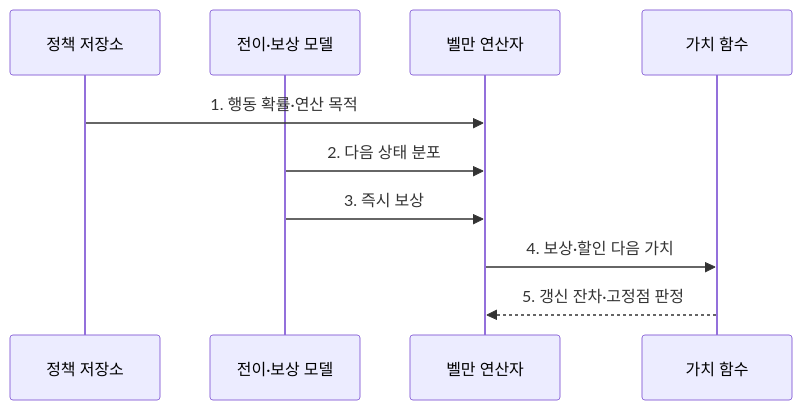
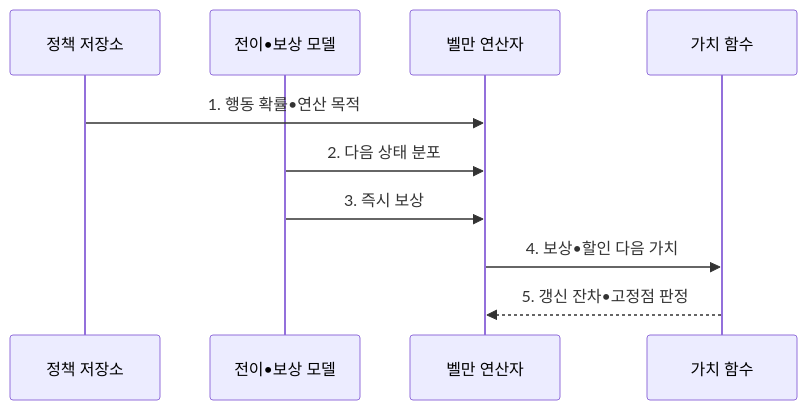
The second of 2 diagrams in src/content/docs/notes/08-latest-tech/097_bellman_equation.md (agnusdei1207/knowledge-base), drawn with Mermaid before and after one commit. The commit also changed other lines of this file and 953 other files, not shown here.

````diff
--- a/src/content/docs/notes/08-latest-tech/097_bellman_equation.md
+++ b/src/content/docs/notes/08-latest-tech/097_bellman_equation.md
@@ -108,12 +108,12 @@
 ```mermaid
 sequenceDiagram
   participant P as 정책 저장소
-  participant E as 전이·보상 모델
+  participant E as 전이•보상 모델
   participant O as 벨만 연산자
   participant V as 가치 함수
-  P->>O: 1. 행동 확률·연산 목적
+  P->>O: 1. 행동 확률•연산 목적
   E->>O: 2. 다음 상태 분포
   E->>O: 3. 즉시 보상
-  O->>V: 4. 보상·할인 다음 가치
-  V-->>O: 5. 갱신 잔차·고정점 판정
+  O->>V: 4. 보상•할인 다음 가치
+  V-->>O: 5. 갱신 잔차•고정점 판정
 ```
````
